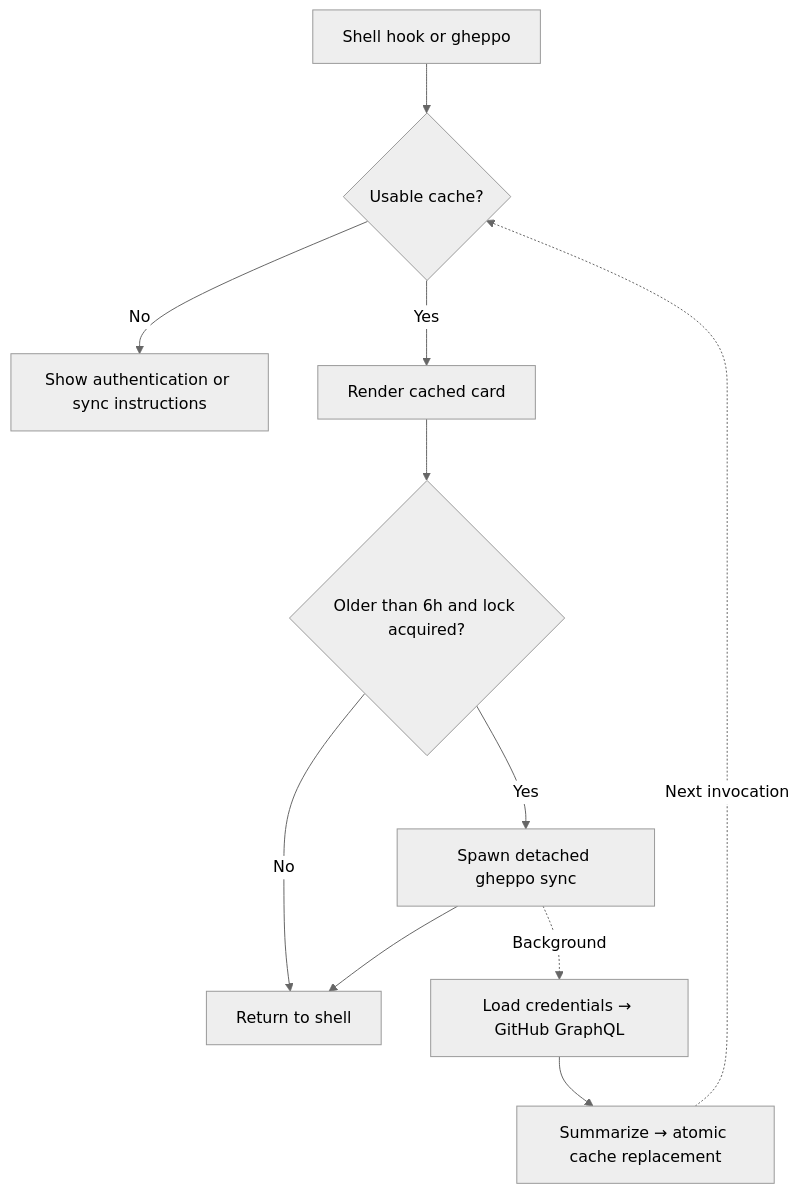
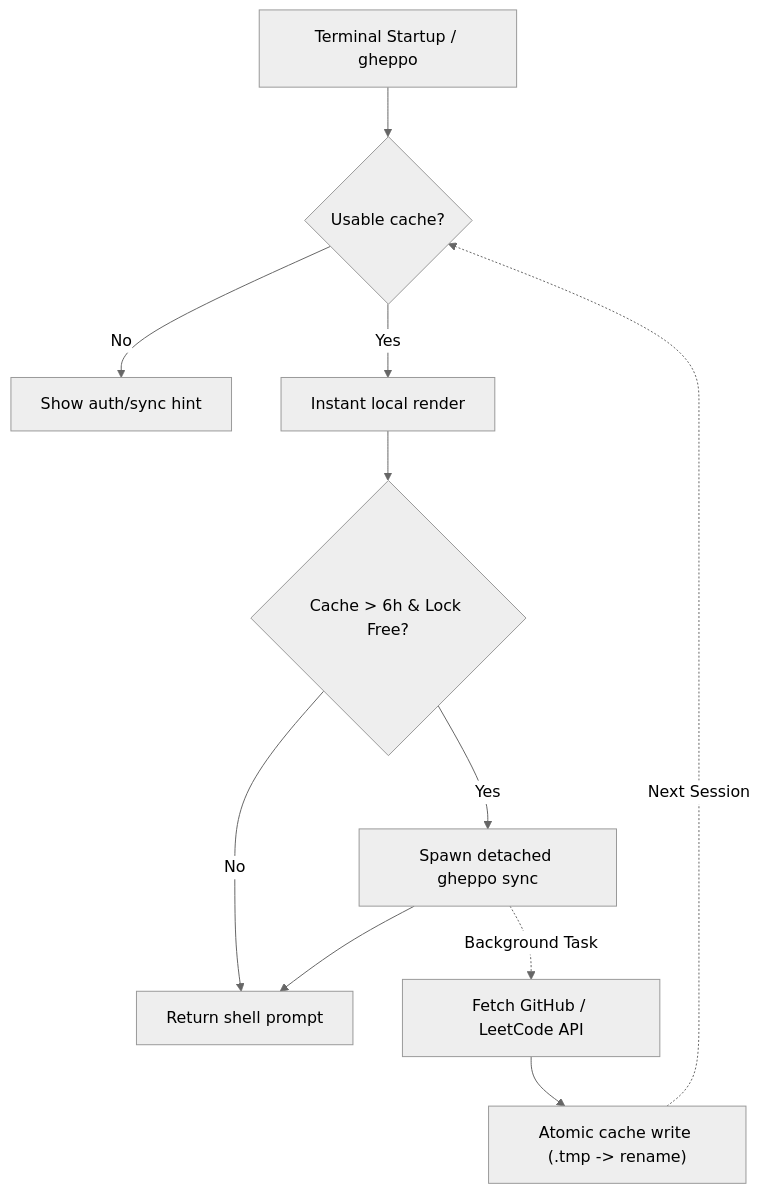
Before and after one commit to dexisback/gheppo: the diagram in README.md, drawn with Mermaid (neutral theme). The commit also changed other lines of this file, not shown here.

````diff
--- a/README.md
+++ b/README.md
@@ -27,13 +198,13 @@
 ```mermaid
 flowchart TD
-    CLI["Shell hook or gheppo"] --> Cache{"Usable cache?"}
-    Cache -- No --> Setup["Show authentication or sync instructions"]
-    Cache -- Yes --> Render["Render cached card"]
-    Render --> Gate{"Older than 6h and lock acquired?"}
-    Gate -- No --> Exit["Return to shell"]
+    CLI["Terminal Startup / gheppo"] --> Cache{"Usable cache?"}
+    Cache -- No --> Setup["Show auth/sync hint"]
+    Cache -- Yes --> Render["Instant local render"]
+    Render --> Gate{"Cache > 6h & Lock Free?"}
+    Gate -- No --> Exit["Return shell prompt"]
     Gate -- Yes --> Spawn["Spawn detached gheppo sync"]
     Spawn --> Exit
-    Spawn -. Background .-> Fetch["Load credentials → GitHub GraphQL"]
-    Fetch --> Save["Summarize → atomic cache replacement"]
-    Save -. "Next invocation" .-> Cache
+    Spawn -. Background Task .-> Fetch["Fetch GitHub / LeetCode API"]
+    Fetch --> Save["Atomic cache write (.tmp -> rename)"]
+    Save -. Next Session .-> Cache
 ```
````
